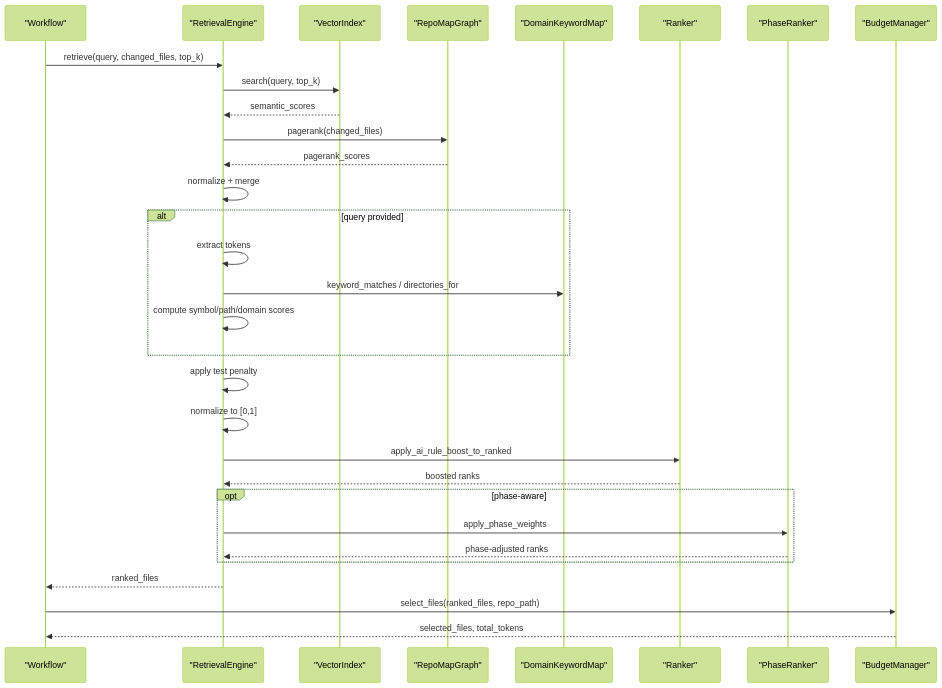
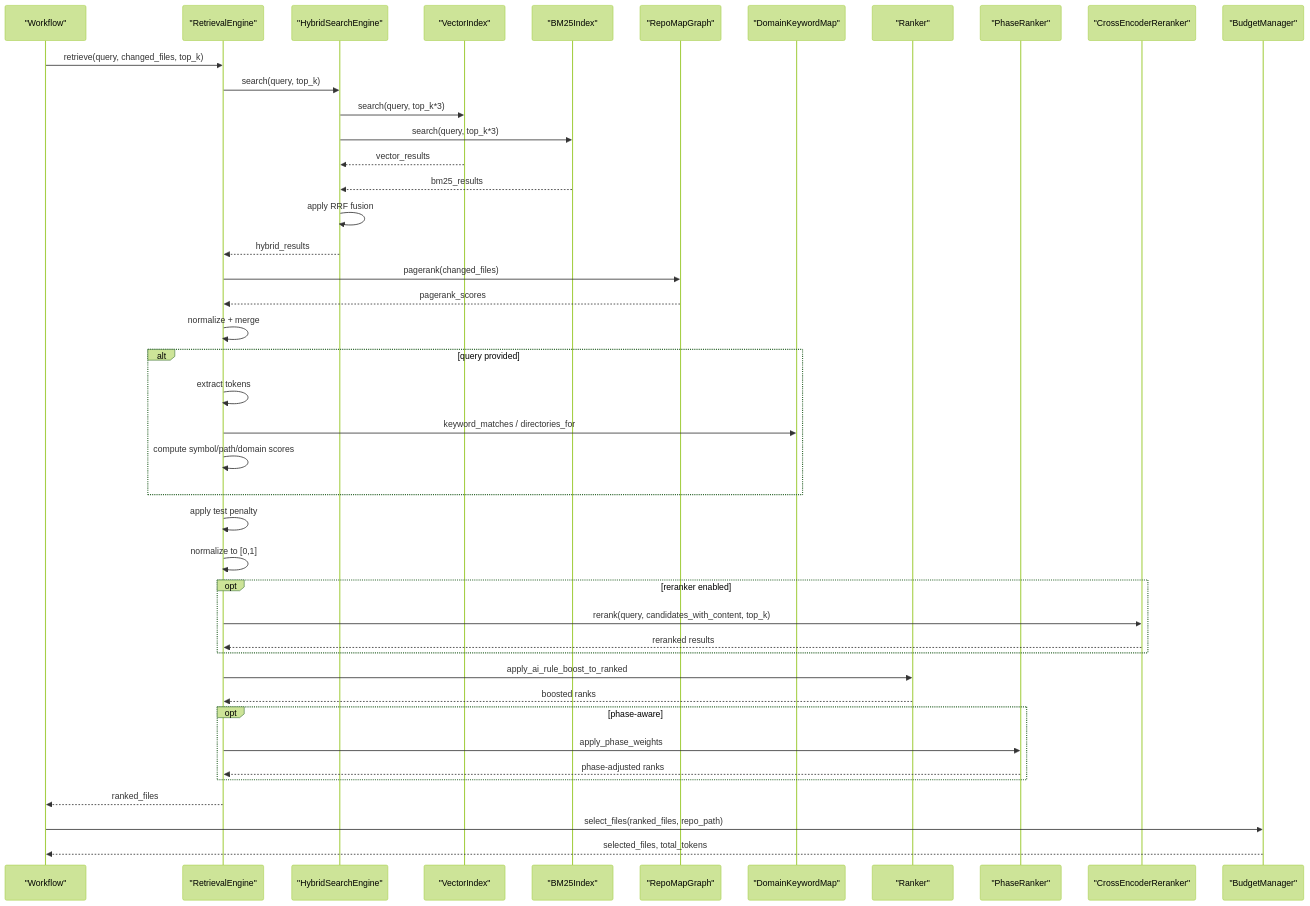
One commit to maemreyo/zmr-ctx-paker changed the second of 8 diagrams in .qoder/repowiki/en/content/Core Modules/Retrieval System.md. Above: the diagram before and after it, drawn with Mermaid (forest theme). The commit also changed other lines of this file and 94 other files, not shown here.

````diff
--- a/.qoder/repowiki/en/content/Core Modules/Retrieval System.md
+++ b/.qoder/repowiki/en/content/Core Modules/Retrieval System.md
@@ -126,33 +167,45 @@
 ```mermaid
 sequenceDiagram
 participant W as "Workflow"
 participant E as "RetrievalEngine"
+participant H as "HybridSearchEngine"
 participant V as "VectorIndex"
+participant B as "BM25Index"
 participant G as "RepoMapGraph"
 participant D as "DomainKeywordMap"
 participant A as "Ranker"
 participant P as "PhaseRanker"
-participant B as "BudgetManager"
+participant R as "CrossEncoderReranker"
+participant BM as "BudgetManager"
 W->>E : retrieve(query, changed_files, top_k)
-E->>V : search(query, top_k)
-V-->>E : semantic_scores
+E->>H : search(query, top_k)
+H->>V : search(query, top_k*3)
+H->>B : search(query, top_k*3)
+V-->>H : vector_results
+B-->>H : bm25_results
+H->>H : apply RRF fusion
+H-->>E : hybrid_results
 E->>G : pagerank(changed_files)
 G-->>E : pagerank_scores
 E->>E : normalize + merge
 alt query provided
 E->>E : extract tokens
 E->>D : keyword_matches / directories_for
 E->>E : compute symbol/path/domain scores
 end
 E->>E : apply test penalty
 E->>E : normalize to [0,1]
+opt reranker enabled
+E->>R : rerank(query, candidates_with_content, top_k)
+R-->>E : reranked results
+end
 E->>A : apply_ai_rule_boost_to_ranked
 A-->>E : boosted ranks
 opt phase-aware
 E->>P : apply_phase_weights
 P-->>E : phase-adjusted ranks
 end
 E-->>W : ranked_files
-W->>B : select_files(ranked_files, repo_path)
-B-->>W : selected_files, total_tokens
+W->>BM : select_files(ranked_files, repo_path)
+BM-->>W : selected_files, total_tokens
 ```
````
